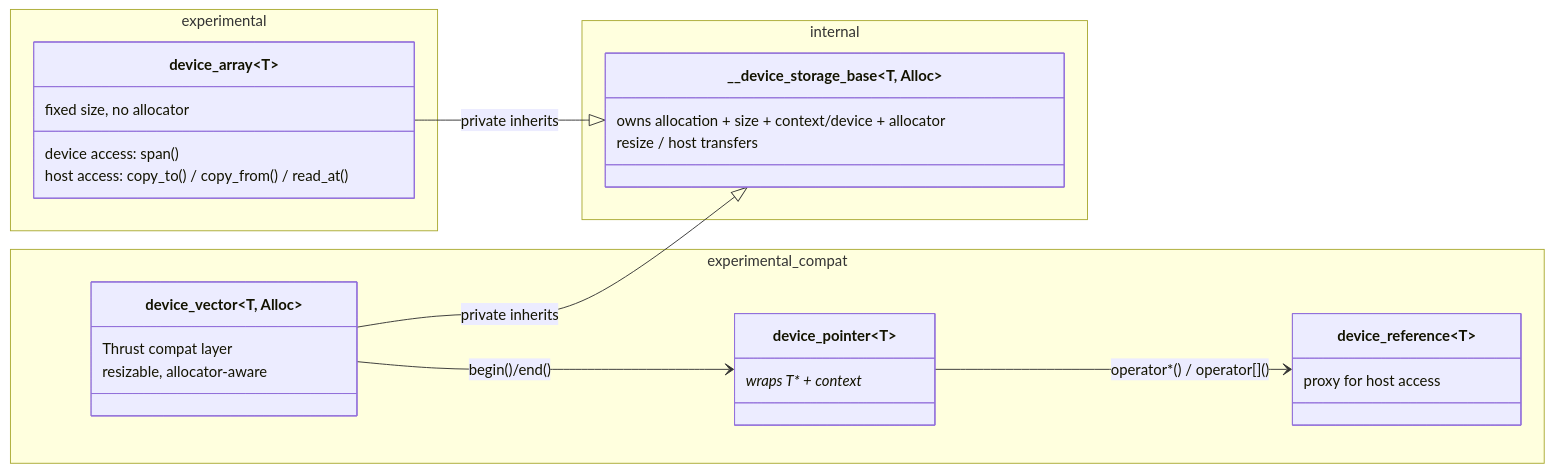
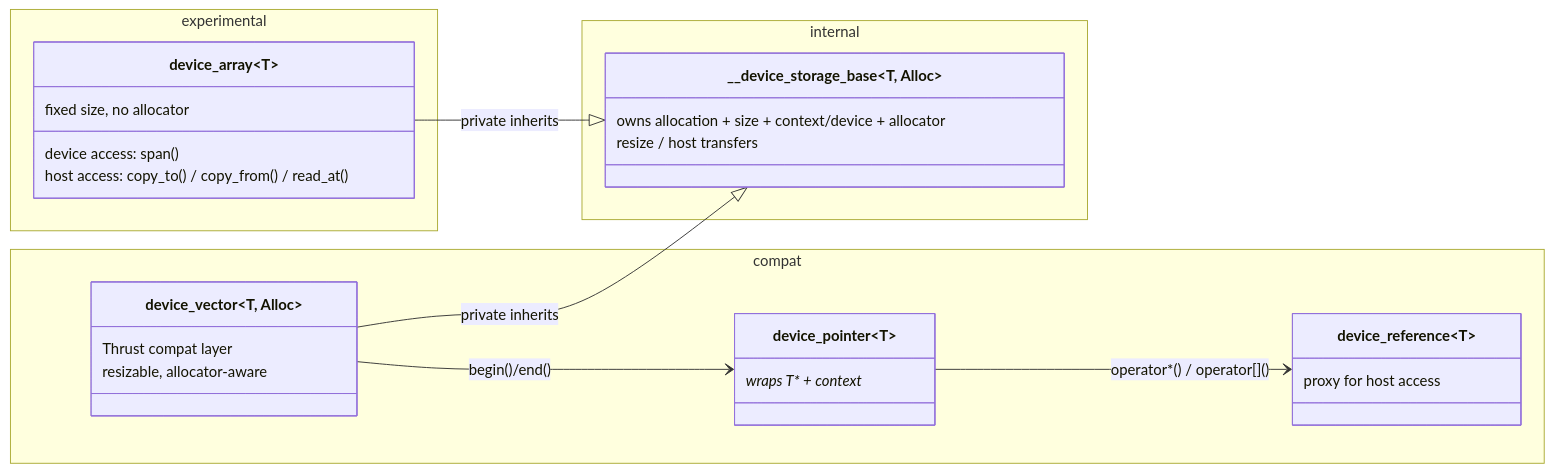
Before and after one commit to uxlfoundation/oneDPL: the diagram in rfcs/proposed/device_vector/README.md, drawn with Mermaid. The commit also changed 1 other file, not shown here.

Commit message:
cleanup namespaces

````diff
--- a/rfcs/proposed/device_vector/README.md
+++ b/rfcs/proposed/device_vector/README.md
@@ -83,39 +83,39 @@
 ```mermaid
 classDiagram
     direction LR
 
     namespace internal {
         class __device_storage_base~T, Alloc~ {
             owns allocation + size + context/device + allocator
             resize / host transfers
         }
     }
 
     namespace experimental {
         class device_array~T~ {
             fixed size, no allocator
             device access: span()
             host access: copy_to() / copy_from() / read_at()
         }
     }
 
-    namespace experimental_compat {
+    namespace compat {
         class device_vector~T, Alloc~ {
             Thrust compat layer
             resizable, allocator-aware
         }
 
         class device_pointer~T~ {
             wraps T* + context*
         }
 
         class device_reference~T~ {
             proxy for host access
         }
     }
 
     device_array --|> __device_storage_base : private inherits
     device_vector --|> __device_storage_base : private inherits
     device_vector --> device_pointer : begin()/end()
     device_pointer --> device_reference : operator*() / operator[]()
 ```
````
